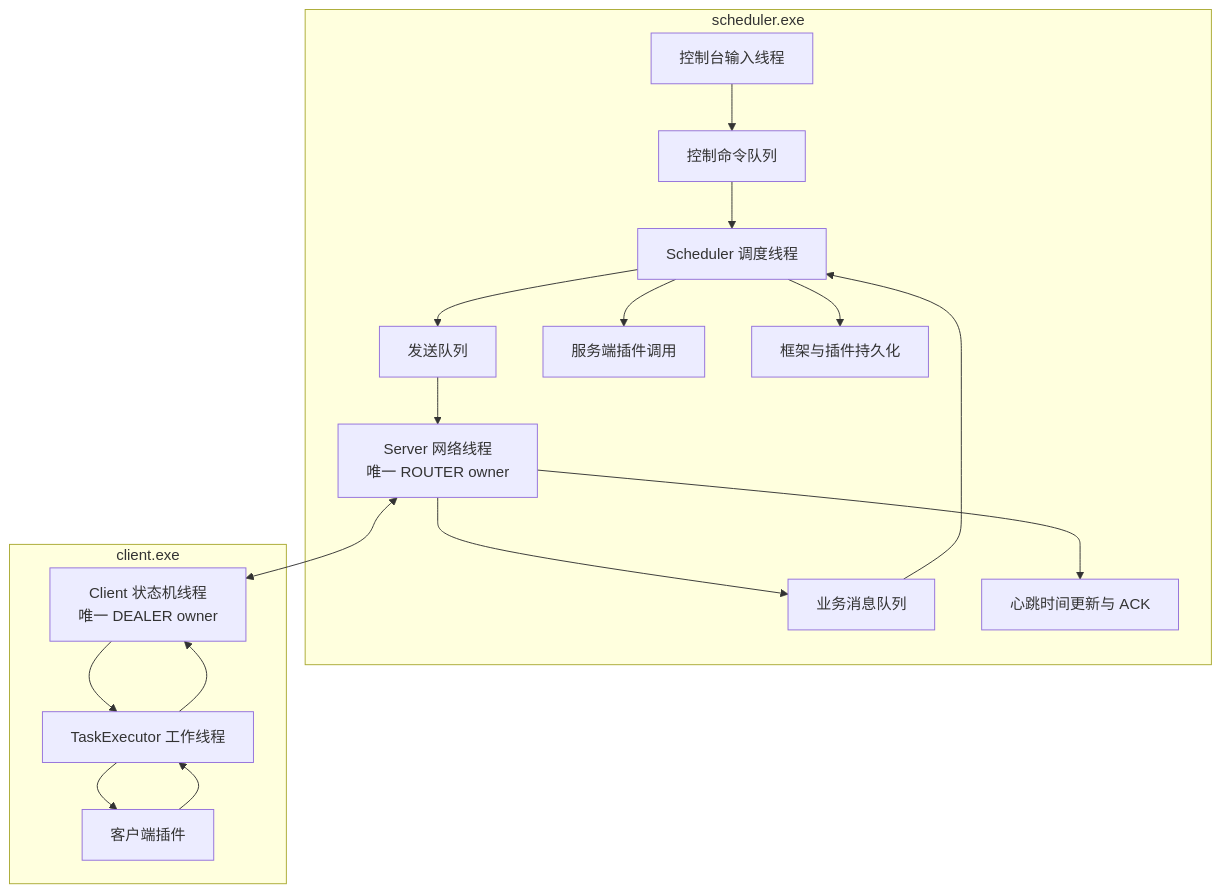
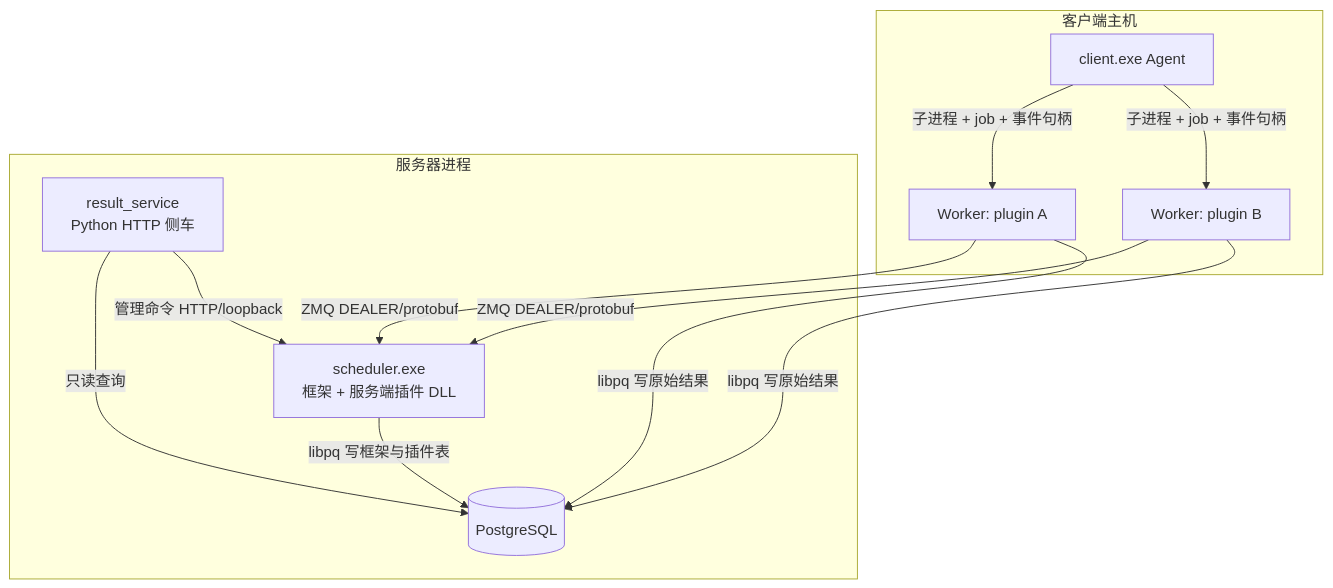
One commit to cuiyuexin428/TestTracking changed the first of 4 diagrams in docs/设计说明.md. Above: the diagram before and after it, drawn with Mermaid. The commit also changed other lines of this file and 7 other files, not shown here.

````diff
--- a/docs/设计说明.md
+++ b/docs/设计说明.md
@@ -61,22 +11,22 @@
 ```mermaid
 flowchart TB
-    subgraph SchedulerProcess[scheduler.exe]
-        Console[控制台输入线程] --> CQ[控制命令队列]
-        Net[Server 网络线程<br/>唯一 ROUTER owner] --> IQ[业务消息队列]
-        CQ --> Loop[Scheduler 调度线程]
-        IQ --> Loop
-        Loop --> OQ[发送队列] --> Net
-        Net --> HB[心跳时间更新与 ACK]
-        Loop --> Plugin[服务端插件调用]
-        Loop --> Store[框架与插件持久化]
+    subgraph Server["服务器进程"]
+        RS[result_service<br/>Python HTTP 侧车]
+        SCH[scheduler.exe<br/>框架 + 服务端插件 DLL]
+        PG[(PostgreSQL)]
+        RS -- 只读查询 --> PG
+        RS -- 管理命令 HTTP/loopback --> SCH
+        SCH -- libpq 写框架与插件表 --> PG
     end
-
-    subgraph ClientProcess[client.exe]
-        State[Client 状态机线程<br/>唯一 DEALER owner]
-        State --> Exec[TaskExecutor 工作线程]
-        Exec --> WorkerPlugin[客户端插件]
-        WorkerPlugin --> Exec --> State
+    subgraph Clients["客户端主机"]
+        AG[client.exe Agent]
+        W1[Worker: plugin A]
+        W2[Worker: plugin B]
+        AG -- 子进程 + job + 事件句柄 --> W1
+        AG -- 子进程 + job + 事件句柄 --> W2
+        W1 -- ZMQ DEALER/protobuf --> SCH
+        W2 -- ZMQ DEALER/protobuf --> SCH
+        W1 -- libpq 写原始结果 --> PG
+        W2 -- libpq 写原始结果 --> PG
     end
-
-    Net <--> State
 ```
````
